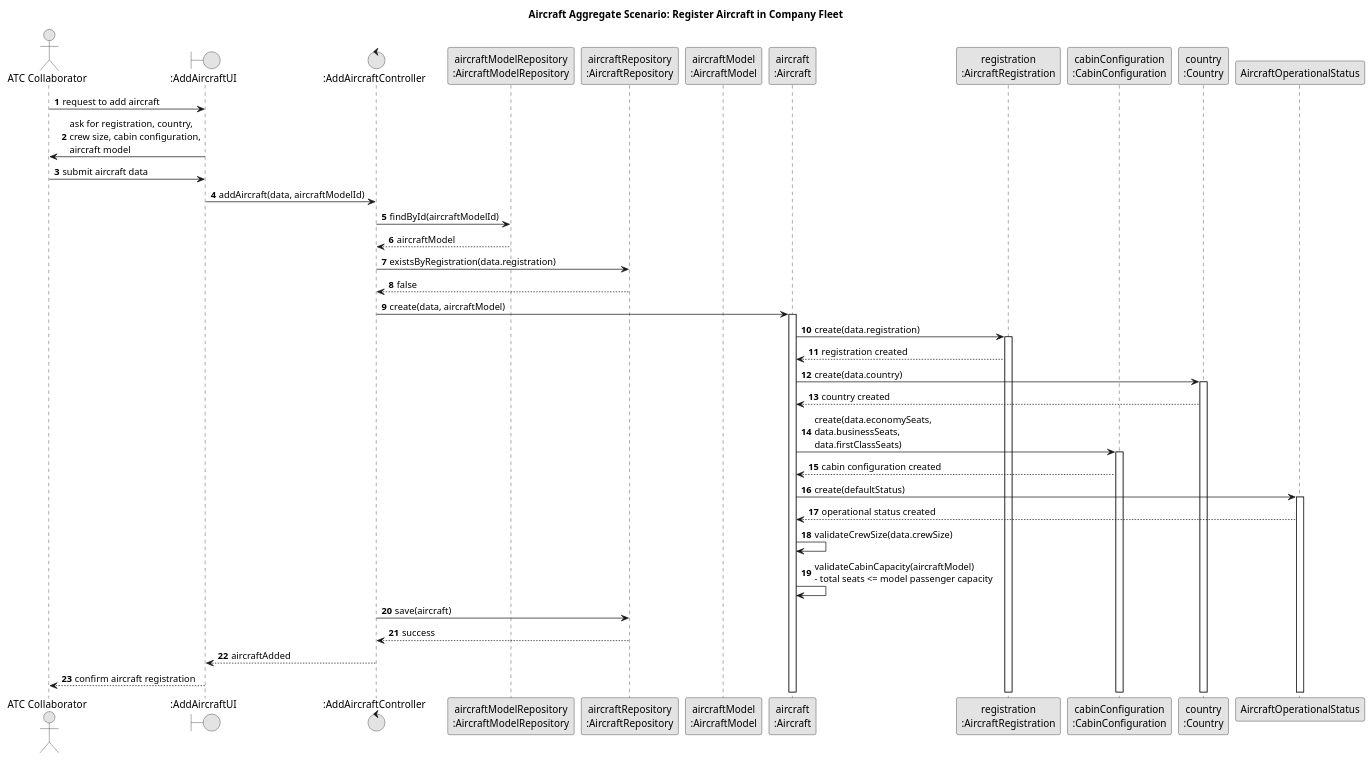
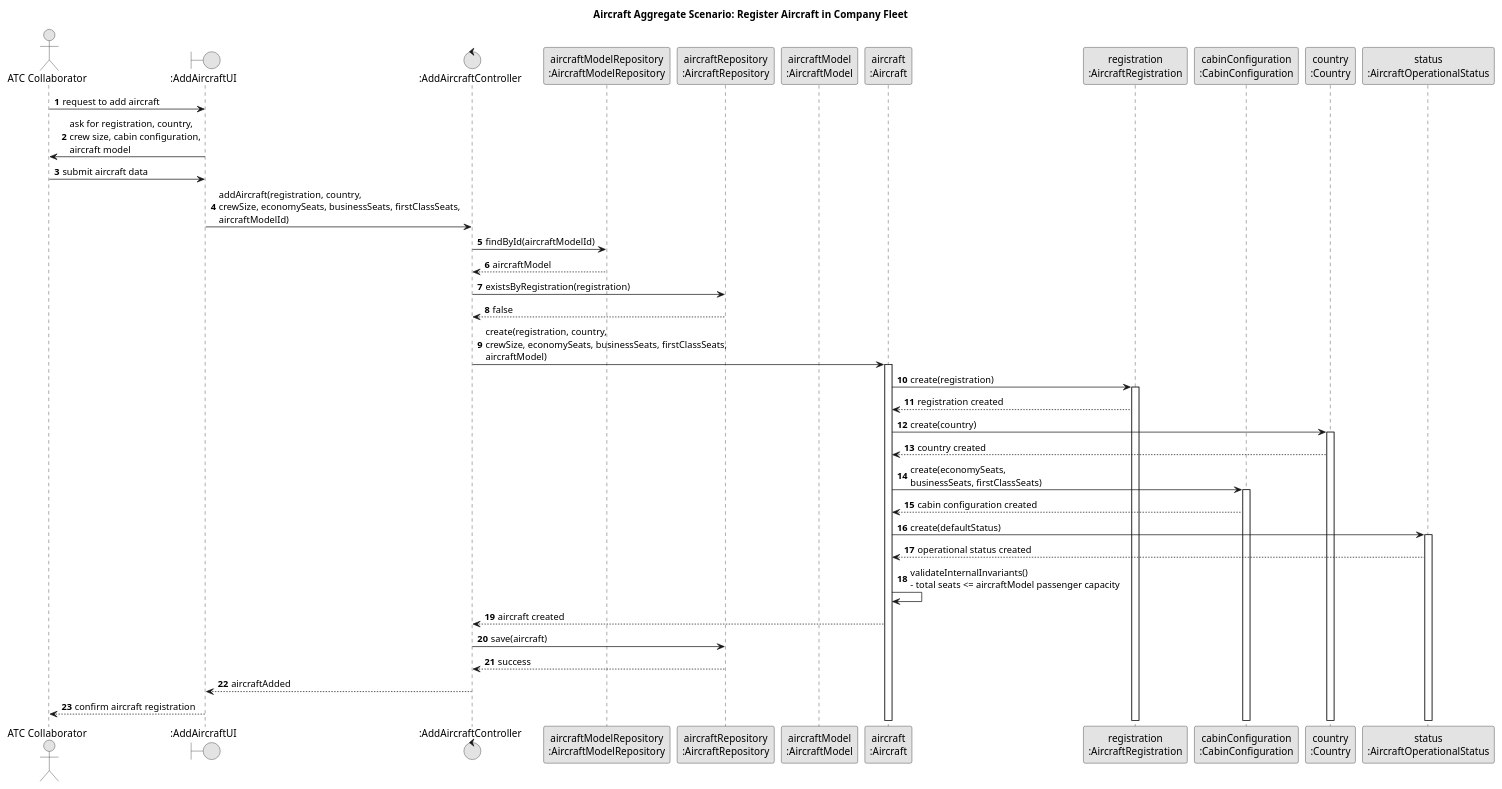
One commit to GustavoFerreira24/flight-management-platform changed the diagram in docs/global-artifacts/03.design/puml/AircraftAggregate-SD.puml. Above: the diagram before and after it, drawn with PlantUML. The commit also changed 7 other files, not shown here.

Commit message:
US11 (Code & Docs) - Removed "data" and specified all of it from Aircraft, AircraftModel, EngineModel and Manufacturer SD's and clarified responsibilities in documentation [#18][#19]

```diff
--- a/docs/global-artifacts/03.design/puml/AircraftAggregate-SD.puml
+++ b/docs/global-artifacts/03.design/puml/AircraftAggregate-SD.puml
@@ -1,56 +1,57 @@
 @startuml
 title Aircraft Aggregate Scenario: Register Aircraft in Company Fleet
 
 skinparam monochrome true
 skinparam packageStyle rectangle
 skinparam shadowing false
 
 autonumber
 
 actor "ATC Collaborator" as ATC
 boundary ":AddAircraftUI" as UI
 control ":AddAircraftController" as C
 participant "aircraftModelRepository\n:AircraftModelRepository" as AircraftModelRepo
 participant "aircraftRepository\n:AircraftRepository" as AircraftRepo
 participant "aircraftModel\n:AircraftModel" as AircraftModel
 participant "aircraft\n:Aircraft" as Aircraft
 participant "registration\n:AircraftRegistration" as Registration
 participant "cabinConfiguration\n:CabinConfiguration" as CabinConfiguration
 participant "country\n:Country" as Country
+participant "status\n:AircraftOperationalStatus" as Status
 
 ATC -> UI : request to add aircraft
 UI -> ATC : ask for registration, country,\ncrew size, cabin configuration,\naircraft model
 
 ATC -> UI : submit aircraft data
-UI -> C : addAircraft(data, aircraftModelId)
+UI -> C : addAircraft(registration, country,\ncrewSize, economySeats, businessSeats, firstClassSeats,\naircraftModelId)
 
 C -> AircraftModelRepo : findById(aircraftModelId)
 AircraftModelRepo --> C : aircraftModel
 
-C -> AircraftRepo : existsByRegistration(data.registration)
+C -> AircraftRepo : existsByRegistration(registration)
 AircraftRepo --> C : false
 
-C -> Aircraft ++ : create(data, aircraftModel)
+C -> Aircraft ++ : create(registration, country,\ncrewSize, economySeats, businessSeats, firstClassSeats,\naircraftModel)
 
-Aircraft -> Registration ++ : create(data.registration)
+Aircraft -> Registration ++ : create(registration)
 Registration --> Aircraft : registration created
 
-Aircraft -> Country ++ : create(data.country)
+Aircraft -> Country ++ : create(country)
 Country --> Aircraft : country created
 
-Aircraft -> CabinConfiguration ++ : create(data.economySeats,\ndata.businessSeats,\ndata.firstClassSeats)
+Aircraft -> CabinConfiguration ++ : create(economySeats,\nbusinessSeats, firstClassSeats)
 CabinConfiguration --> Aircraft : cabin configuration created
 
-Aircraft -> AircraftOperationalStatus ++ : create(defaultStatus)
-AircraftOperationalStatus --> Aircraft : operational status created
+Aircraft -> Status ++ : create(defaultStatus)
+Status --> Aircraft : operational status created
 
-Aircraft -> Aircraft : validateCrewSize(data.crewSize)
-Aircraft -> Aircraft : validateCabinCapacity(aircraftModel)\n- total seats <= model passenger capacity
+Aircraft -> Aircraft : validateInternalInvariants()\n- total seats <= aircraftModel passenger capacity
+Aircraft --> C : aircraft created
 
 C -> AircraftRepo : save(aircraft)
 AircraftRepo --> C : success
 
 C --> UI : aircraftAdded
 UI --> ATC : confirm aircraft registration
 
 @enduml
```
